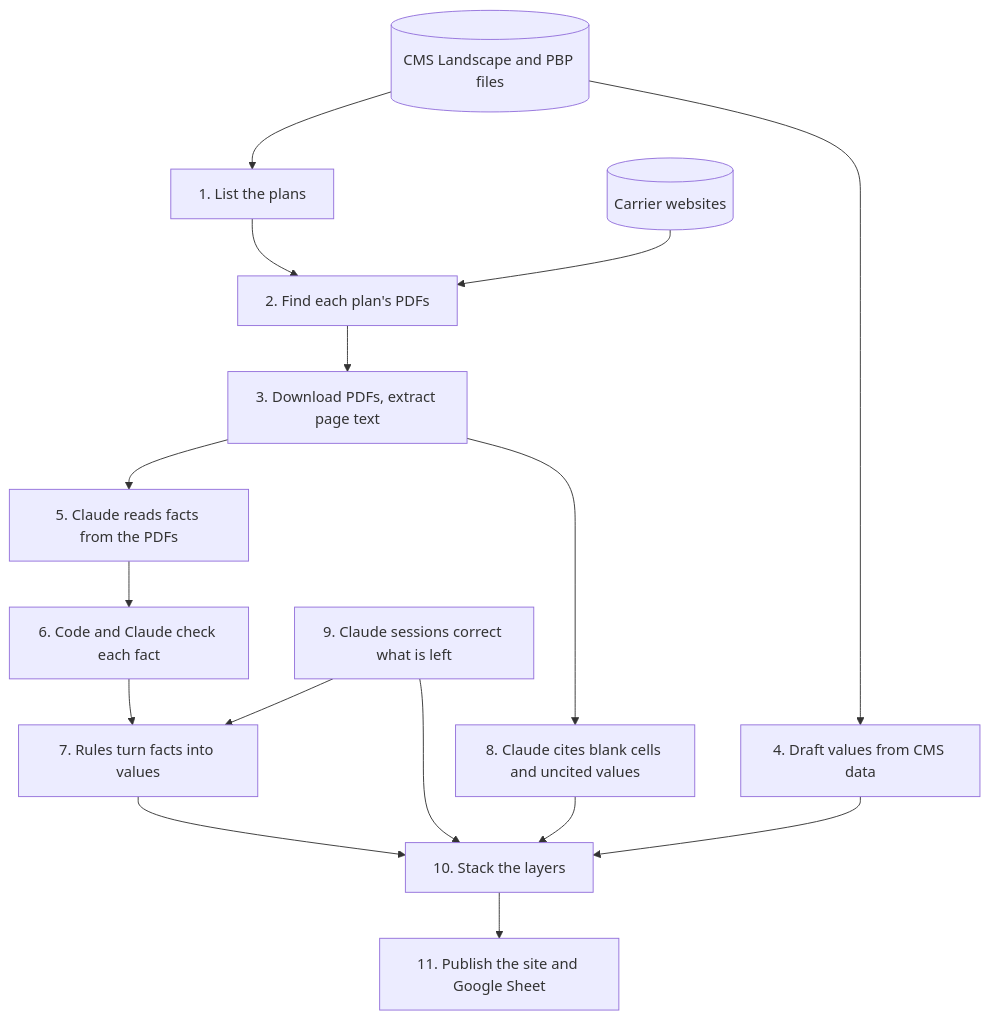
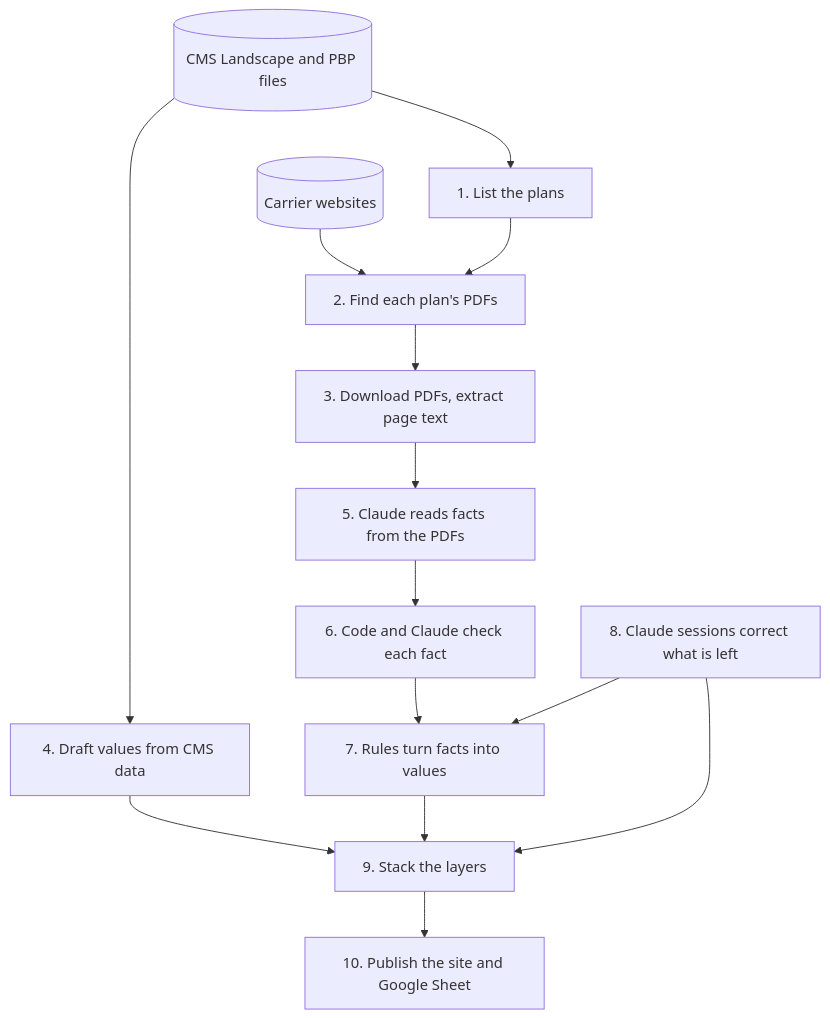
One commit to rosenhouse-bot-sandbox/shiba-data changed the diagram in docs/pipeline.md. Above: the diagram before and after it, drawn with Mermaid. The commit also changed other lines of this file and 2804 other files, not shown here.

````diff
--- a/docs/pipeline.md
+++ b/docs/pipeline.md
@@ -46,18 +46,16 @@
 ```mermaid
 flowchart TD
   cms[(CMS Landscape and PBP files)] --> plans[1. List the plans]
   carriers[(Carrier websites)] --> find[2. Find each plan's PDFs]
   plans --> find
   find --> text[3. Download PDFs, extract page text]
   cms --> draft[4. Draft values from CMS data]
   text --> read[5. Claude reads facts from the PDFs]
   read --> check[6. Code and Claude check each fact]
   check --> present[7. Rules turn facts into values]
-  text --> blanks[8. Claude cites blank cells and uncited values]
-  draft --> stack[10. Stack the layers]
+  draft --> stack[9. Stack the layers]
   present --> stack
-  blanks --> stack
-  fix[9. Claude sessions correct what is left] --> present
+  fix[8. Claude sessions correct what is left] --> present
   fix --> stack
-  stack --> publish[11. Publish the site and Google Sheet]
+  stack --> publish[10. Publish the site and Google Sheet]
 ```
````
